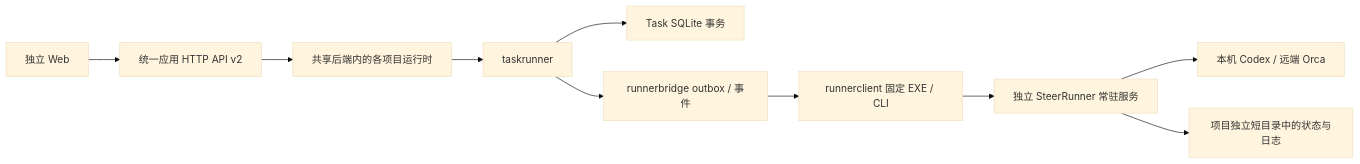
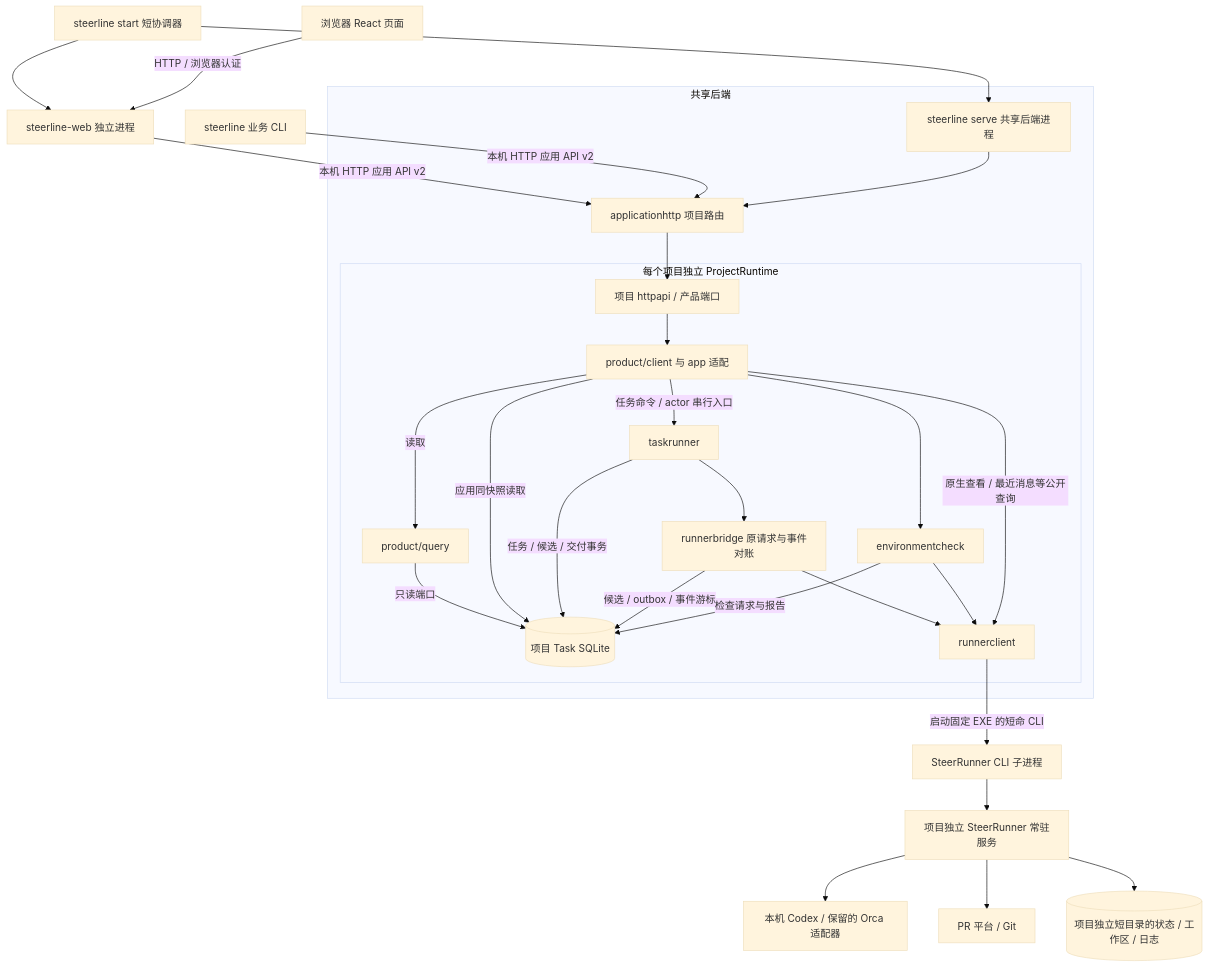
The first of 3 diagrams in docs/architecture/current-code-architecture.md (erranliu/SteerLine), drawn with Mermaid (base theme) before and after one commit. The commit also changed other lines of this file and 86 other files, not shown here.

Commit message:
Decouple product read projections and task delivery ownership

````diff
--- a/docs/architecture/current-code-architecture.md
+++ b/docs/architecture/current-code-architecture.md
@@ -5,12 +11,32 @@
 ```mermaid
-flowchart LR
-    Web[独立 Web] --> API[统一应用 HTTP API v2]
-    API --> Runtime[共享后端内的各项目运行时]
-    Runtime --> Task[taskrunner]
-    Task --> Store[Task SQLite 事务]
-    Task --> Bridge[runnerbridge outbox / 事件]
-    Bridge --> CLI[runnerclient 固定 EXE / CLI]
-    CLI --> Runner[独立 SteerRunner 常驻服务]
-    Runner --> Native[本机 Codex / 远端 Orca]
-    Runner --> State[项目独立短目录中的状态与日志]
+flowchart TB
+    Start[steerline start 短协调器] --> Web[steerline-web 独立进程]
+    Start --> Serve[steerline serve 共享后端进程]
+    Browser[浏览器 React 页面] -->|HTTP / 浏览器认证| Web
+    Web -->|本机 HTTP 应用 API v2| Router
+    CLI[steerline 业务 CLI] -->|本机 HTTP 应用 API v2| Router
+    subgraph Backend[共享后端]
+        Serve --> Router[applicationhttp 项目路由]
+        Router --> Port[项目 httpapi / 产品端口]
+        subgraph Project[每个项目独立 ProjectRuntime]
+            Port --> Product[product/client 与 app 适配]
+            Product -->|读取| Query[product/query]
+            Query -->|只读端口| DB[(项目 Task SQLite)]
+            Product -->|应用同快照读取| DB
+            Product -->|任务命令 / actor 串行入口| Actor[taskrunner]
+            Actor -->|任务 / 候选 / 交付事务| DB
+            Actor --> Bridge[runnerbridge 原请求与事件对账]
+            Bridge -->|候选 / outbox / 事件游标| DB
+            Product --> Check[environmentcheck]
+            Check -->|检查请求与报告| DB
+            Bridge --> RC[runnerclient]
+            Check --> RC
+            Product -->|原生查看 / 最近消息等公开查询| RC
+        end
+    end
+    RC -->|启动固定 EXE 的短命 CLI| RunnerCLI[SteerRunner CLI 子进程]
+    RunnerCLI --> Runner[项目独立 SteerRunner 常驻服务]
+    Runner --> Native[本机 Codex / 保留的 Orca 适配器]
+    Runner --> PR[PR 平台 / Git]
+    Runner --> RunnerState[(项目独立短目录的状态 / 工作区 / 日志)]
 ```
````
